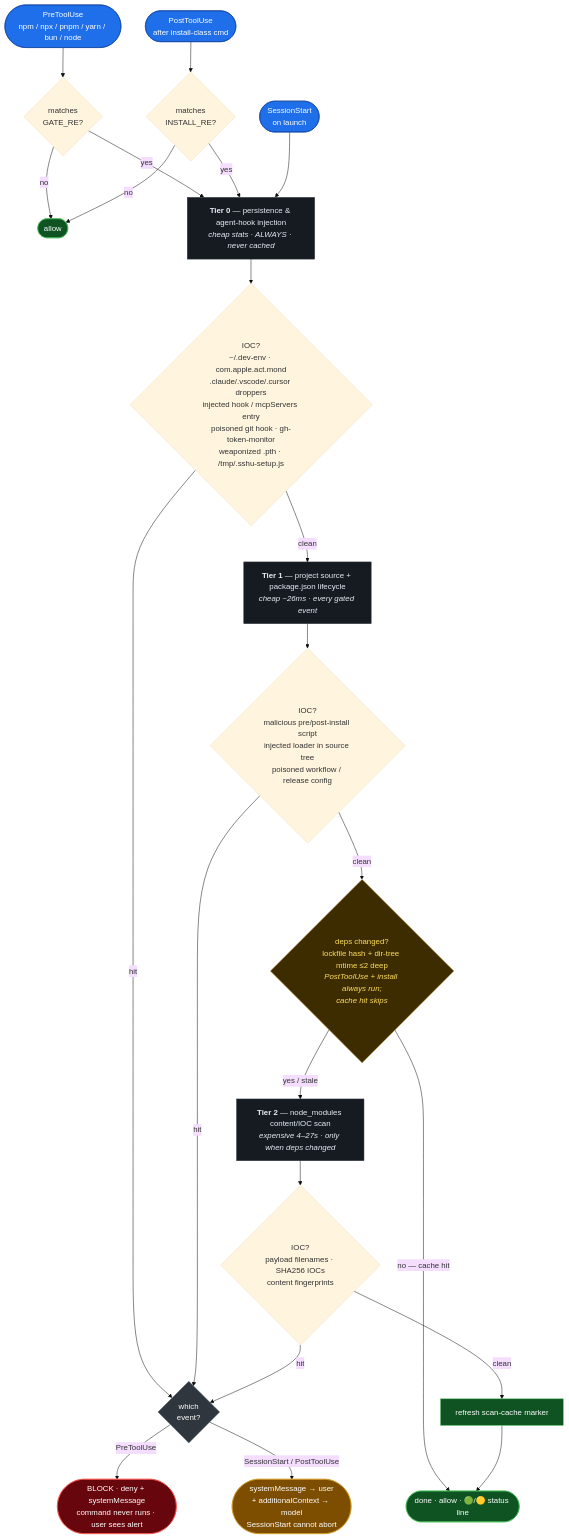
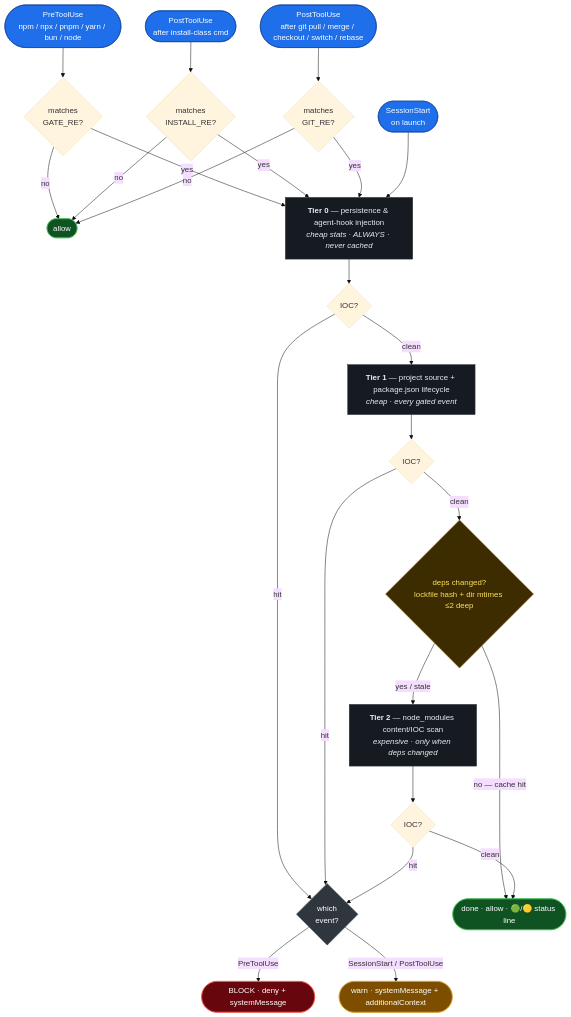
The diagram in README.md (notambourine/wormhook), drawn with Mermaid (base theme) before and after one commit. The commit also changed other lines of this file and 4 other files, not shown here.

First line of the commit message:
feat: scan after working-tree-rewriting git ops (v0.5.0) (#14)

````diff
--- a/README.md
+++ b/README.md
@@ -36,50 +49,52 @@
 ```mermaid
 flowchart TD
     A([SessionStart<br/>on launch]):::evt
     B([PreToolUse<br/>npm / npx / pnpm / yarn / bun / node]):::evt
     C([PostToolUse<br/>after install-class cmd]):::evt
+    D([PostToolUse<br/>after git pull / merge / checkout / switch / rebase]):::evt
 
     B --> Bg{matches<br/>GATE_RE?}
     Bg -- no --> ALLOW
     Bg -- yes --> T0
     C --> Cg{matches<br/>INSTALL_RE?}
     Cg -- no --> ALLOW
     Cg -- yes --> T0
+    D --> Dg{matches<br/>GIT_RE?}
+    Dg -- no --> ALLOW
+    Dg -- yes --> T0
     A --> T0
 
     T0["<b>Tier 0</b> — persistence &amp; agent-hook injection<br/><i>cheap stats · ALWAYS · never cached</i>"]:::tier
-    T0 --> T0c{IOC?<br/>~/.dev-env · com.apple.act.mond<br/>.claude/.vscode/.cursor droppers<br/>injected hook / mcpServers entry<br/>poisoned git hook · gh-token-monitor<br/>weaponized .pth · /tmp/.sshu-setup.js}
+    T0 --> T0c{IOC?}
     T0c -- hit --> G
     T0c -- clean --> T1
 
-    T1["<b>Tier 1</b> — project source + package.json lifecycle<br/><i>cheap ~26ms · every gated event</i>"]:::tier
-    T1 --> T1c{IOC?<br/>malicious pre/post-install script<br/>injected loader in source tree<br/>poisoned workflow / release config}
+    T1["<b>Tier 1</b> — project source + package.json lifecycle<br/><i>cheap · every gated event</i>"]:::tier
+    T1 --> T1c{IOC?}
     T1c -- hit --> G
     T1c -- clean --> CACHE
 
-    CACHE{deps changed?<br/>lockfile hash + dir-tree mtime ≤2 deep<br/><i>PostToolUse + install always run;<br/>cache hit skips</i>}:::cache
+    CACHE{deps changed?<br/>lockfile hash + dir mtimes ≤2 deep}:::cache
     CACHE -- "no — cache hit" --> DONE
     CACHE -- "yes / stale" --> T2
 
-    T2["<b>Tier 2</b> — node_modules content/IOC scan<br/><i>expensive 4–27s · only when deps changed</i>"]:::tier
-    T2 --> T2c{IOC?<br/>payload filenames · SHA256 IOCs<br/>content fingerprints}
+    T2["<b>Tier 2</b> — node_modules content/IOC scan<br/><i>expensive · only when deps changed</i>"]:::tier
+    T2 --> T2c{IOC?}
     T2c -- hit --> G
-    T2c -- clean --> REFRESH
-
-    REFRESH[refresh scan-cache marker]:::ok --> DONE
+    T2c -- clean --> DONE
 
     G{which<br/>event?}:::guard
-    G -- PreToolUse --> BLOCK([BLOCK · deny + systemMessage<br/>command never runs · user sees alert]):::block
-    G -- "SessionStart / PostToolUse" --> SURFACE([systemMessage → user<br/>+ additionalContext → model<br/>SessionStart cannot abort]):::warn
+    G -- PreToolUse --> BLOCK([BLOCK · deny + systemMessage]):::block
+    G -- "SessionStart / PostToolUse" --> SURFACE([warn · systemMessage + additionalContext]):::warn
 
     ALLOW([allow]):::ok
     DONE([done · allow · 🟢/🟡 status line]):::ok
 
     classDef evt fill:#1f6feb,stroke:#0d419d,color:#fff
     classDef tier fill:#161b22,stroke:#30363d,color:#e6edf3
     classDef cache fill:#3d2c00,stroke:#9e6a03,color:#ffdf5d
     classDef guard fill:#30363d,stroke:#6e7681,color:#fff
     classDef block fill:#67060c,stroke:#f85149,color:#fff
     classDef warn fill:#7d4e00,stroke:#d29922,color:#fff
     classDef ok fill:#0f5323,stroke:#3fb950,color:#fff
 ```
````
